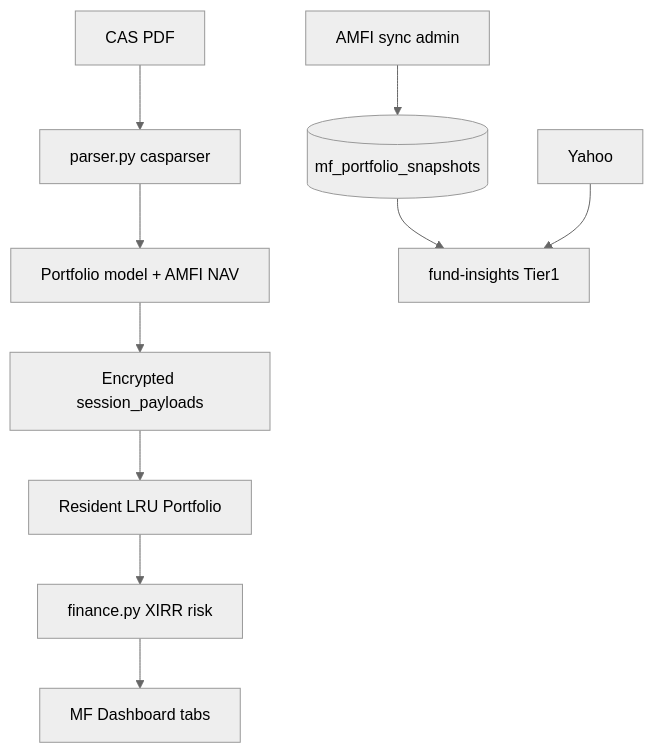
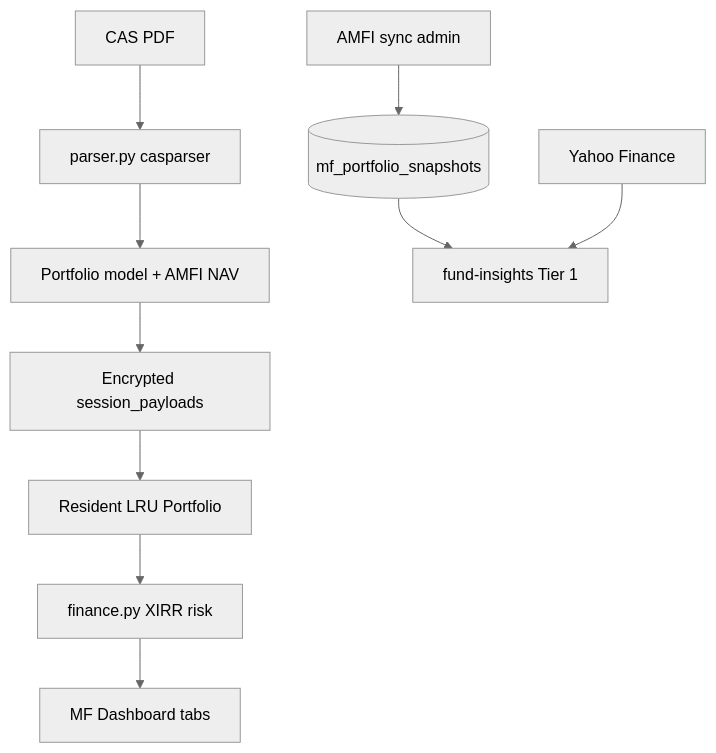
The fourth of 7 diagrams in ARCHITECTURE.md (dasavik27/FinanceBuddy), drawn with Mermaid (neutral theme) before and after one commit. The commit also changed other lines of this file and 5 other files, not shown here.

````diff
--- a/ARCHITECTURE.md
+++ b/ARCHITECTURE.md
@@ -298,12 +298,12 @@
 ```mermaid
 flowchart TD
   A[CAS PDF] --> B[parser.py casparser]
   B --> C[Portfolio model + AMFI NAV]
   C --> D[Encrypted session_payloads]
   D --> E[Resident LRU Portfolio]
   E --> F[finance.py XIRR risk]
   F --> G[MF Dashboard tabs]
   H[AMFI sync admin] --> I[(mf_portfolio_snapshots)]
-  I --> J[fund-insights Tier1]
-  K[Yahoo] --> J
+  I --> J[fund-insights Tier 1]
+  K[Yahoo Finance] --> J
 ```
````
